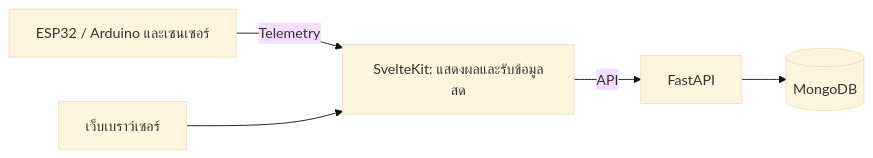
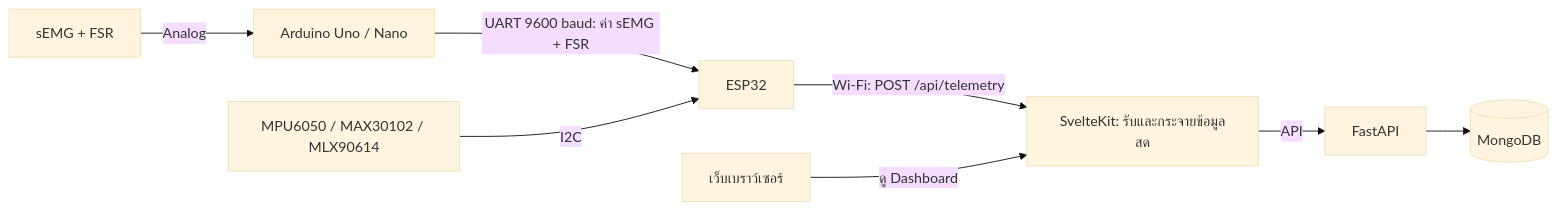
The diagram in README.md (Fishcanwalk/muscle-activity-analyzer), drawn with Mermaid (base theme) before and after one commit. The commit also changed other lines of this file, not shown here.

Commit message:
fix: update data flow diagram in README for clarity and accuracy

````diff
--- a/README.md
+++ b/README.md
@@ -27,7 +24,10 @@
 ```mermaid
 flowchart LR
-    Sensors[ESP32 / Arduino และเซนเซอร์] -->|Telemetry| Web[SvelteKit: แสดงผลและรับข้อมูลสด]
-    Browser[เว็บเบราว์เซอร์] --> Web
+    EMGFSR[sEMG + FSR] -->|Analog| Uno[Arduino Uno / Nano]
+    Uno -->|UART 9600 baud: ค่า sEMG + FSR| ESP32[ESP32]
+    OtherSensors[MPU6050 / MAX30102 / MLX90614] -->|I2C| ESP32
+    ESP32 -->|Wi-Fi: POST /api/telemetry| Web[SvelteKit: รับและกระจายข้อมูลสด]
+    Browser[เว็บเบราว์เซอร์] -->|ดู Dashboard| Web
     Web -->|API| Backend[FastAPI]
     Backend --> Mongo[(MongoDB)]
 ```
````
